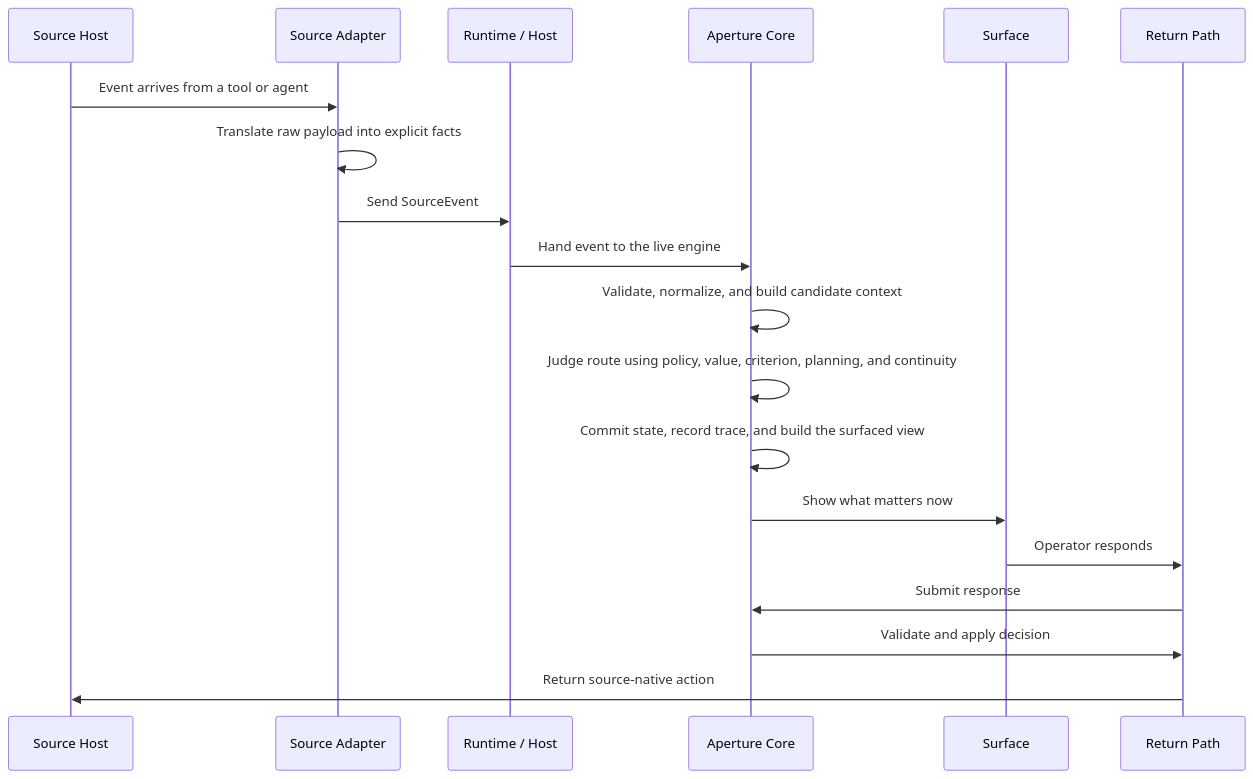
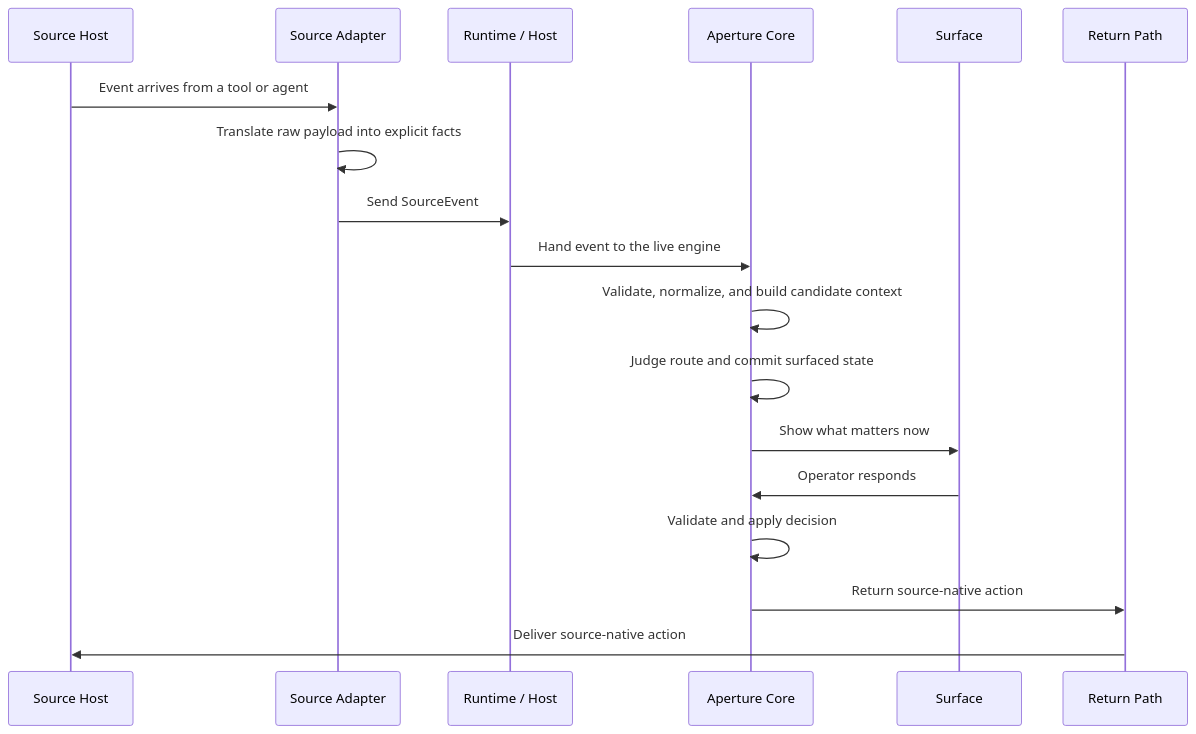
One commit to tomismeta/aperture changed the second of 4 diagrams in docs/system-architecture-diagram.md. Above: the diagram before and after it, drawn with Mermaid. The commit also changed other lines of this file, not shown here.

Commit message:
docs: refine napkin architecture wording

````diff
--- a/docs/system-architecture-diagram.md
+++ b/docs/system-architecture-diagram.md
@@ -179,22 +195,21 @@
 ```mermaid
 sequenceDiagram
   participant SH as Source Host
   participant AD as Source Adapter
   participant RT as Runtime / Host
   participant CO as Aperture Core
   participant SF as Surface
   participant RP as Return Path
 
   SH->>AD: Event arrives from a tool or agent
   AD->>AD: Translate raw payload into explicit facts
   AD->>RT: Send SourceEvent
   RT->>CO: Hand event to the live engine
   CO->>CO: Validate, normalize, and build candidate context
-  CO->>CO: Judge route using policy, value, criterion, planning, and continuity
-  CO->>CO: Commit state, record trace, and build the surfaced view
+  CO->>CO: Judge route and commit surfaced state
   CO->>SF: Show what matters now
-  SF->>RP: Operator responds
-  RP->>CO: Submit response
-  CO->>RP: Validate and apply decision
-  RP->>SH: Return source-native action
+  SF->>CO: Operator responds
+  CO->>CO: Validate and apply decision
+  CO->>RP: Return source-native action
+  RP->>SH: Deliver source-native action
 ```
````
